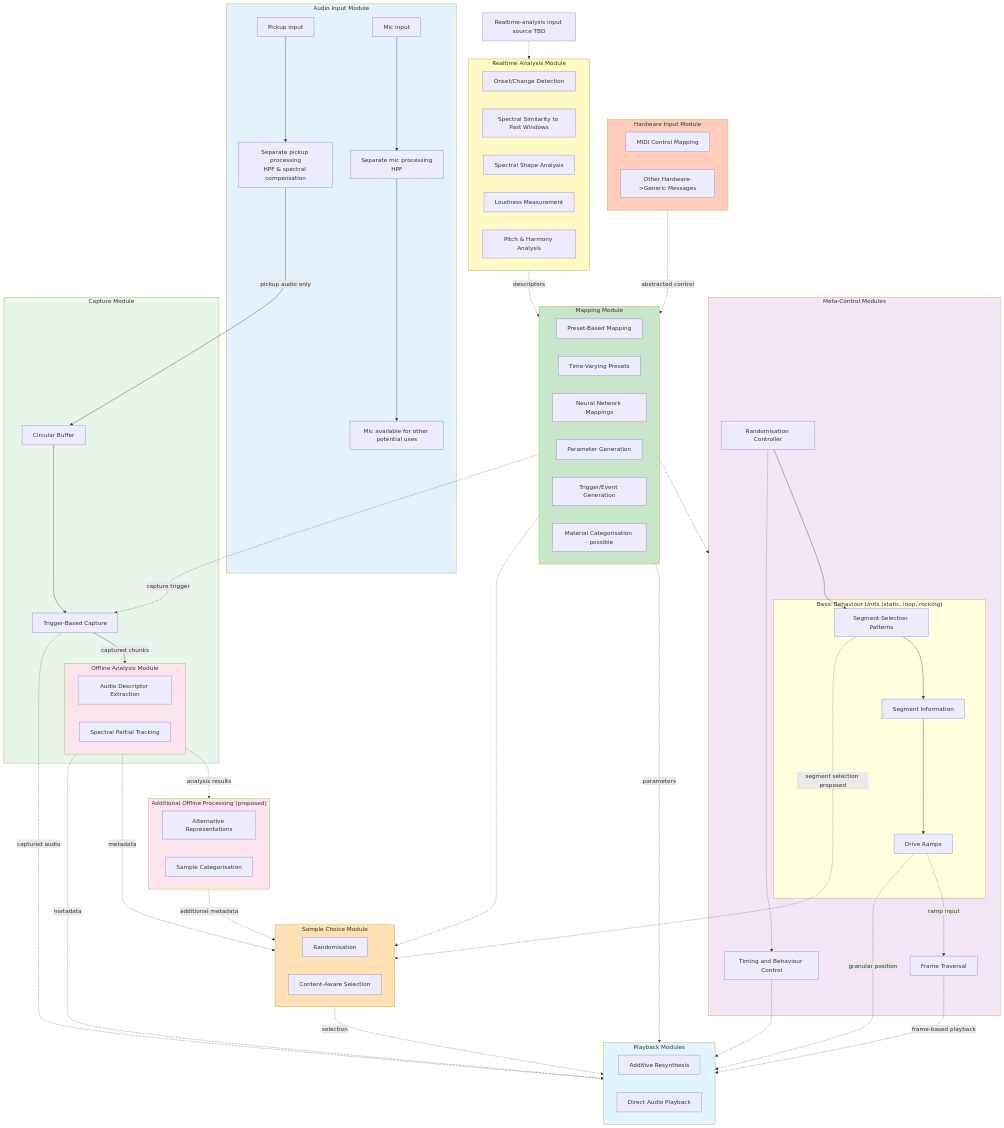
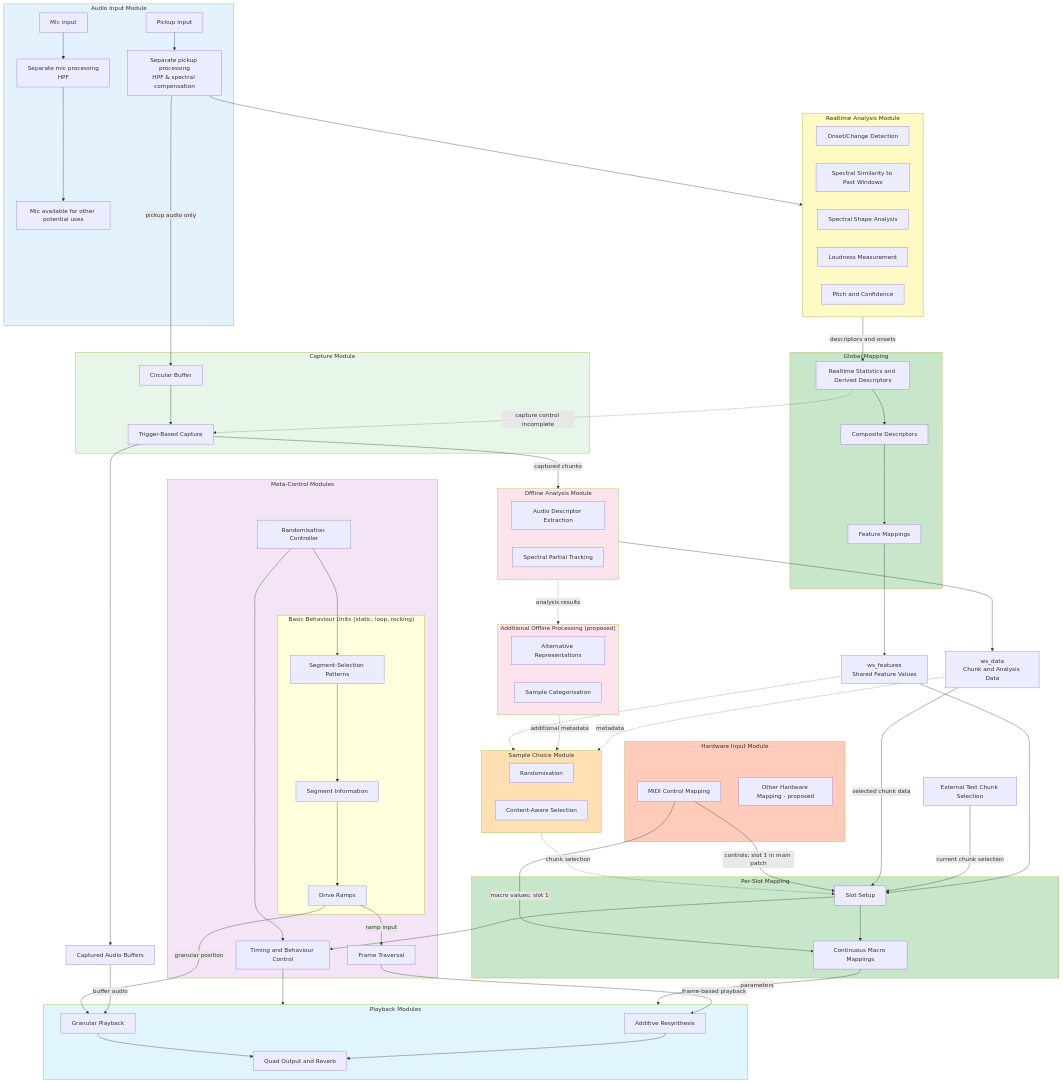
One commit to AlexHarker/wintersleep changed the first of 4 diagrams in System Architecture.md. Above: the diagram before and after it, drawn with Mermaid. The commit also changed other lines of this file and 1 other file, not shown here.

Commit message:
Update notes and patch

````diff
--- a/System Architecture.md
+++ b/System Architecture.md
@@ -22,22 +23,25 @@
         Similarity[Spectral Similarity to Past Windows]
         Shape[Spectral Shape Analysis]
         Loudness[Loudness Measurement]
-        Pitch[Pitch & Harmony Analysis]
+        Pitch[Pitch and Confidence]
     end
-    
-    AnalysisInput[Realtime-analysis input source TBD]
-    
+
     subgraph Capture["Capture Module"]
         CircularBuffer[Circular Buffer]
         TriggerCapture[Trigger-Based Capture]
-        subgraph Offline_Analysis["Offline Analysis Module"]
-            DeriveDescriptors[Audio Descriptor Extraction]
-            PartialTracks[Spectral Partial Tracking]
-        end
         CircularBuffer --> TriggerCapture
-        TriggerCapture -->|captured chunks| Offline_Analysis
     end
-    
+
+    subgraph Offline_Analysis["Offline Analysis Module"]
+        DeriveDescriptors[Audio Descriptor Extraction]
+        PartialTracks[Spectral Partial Tracking]
+    end
+
+    CapturedBuffers[Captured Audio Buffers]
+    ChunkData[ws_data<br/>Chunk and Analysis Data]
+    Features[ws_features<br/>Shared Feature Values]
+    TestChunk[External Test Chunk Selection]
+
     subgraph Offline_Processing["Additional Offline Processing (proposed)"]
         AlternativeReps[Alternative Representations]
         Categorise[Sample Categorisation]
@@ -50,7 +54,10 @@
     
     subgraph Playback["Playback Modules"]
         AdditiveSynth[Additive Resynthesis]
-        DirectPlayback[Direct Audio Playback]
+        GranularPlayback[Granular Playback]
+        Output[Quad Output and Reverb]
+        AdditiveSynth --> Output
+        GranularPlayback --> Output
     end
     
     subgraph Control["Meta-Control Modules"]
@@ -68,42 +75,50 @@
     
     subgraph Input_Hardware["Hardware Input Module"]
         MIDIMapper[MIDI Control Mapping]
-        OtherMapper[Other Hardware->Generic Messages]
+        OtherMapper[Other Hardware Mapping - proposed]
     end
     
-    subgraph Mapping["Mapping Module"]
-        PresetMap[Preset-Based Mapping]
-        TimeVar[Time-Varying Presets]
-        NeuralMap[Neural Network Mappings]
-        ParameterGen[Parameter Generation]
-        TriggerGen[Trigger/Event Generation]
-        MaterialCategorisation[Material Categorisation - possible]
+    subgraph Global_Mapping["Global Mapping"]
+        RealtimeStats[Realtime Statistics and Derived Descriptors]
+        Composite[Composite Descriptors]
+        FeatureMapping[Feature Mappings]
+        RealtimeStats --> Composite --> FeatureMapping
     end
-    
+
+    subgraph Slot_Mapping["Per-Slot Mapping"]
+        SlotSetup[Slot Setup]
+        MacroMapping[Continuous Macro Mappings]
+    end
+
     PickupProcessing -->|pickup audio only| CircularBuffer
-    AnalysisInput -.-> Realtime_Analysis
+    PickupProcessing --> Realtime_Analysis
+    Realtime_Analysis -->|descriptors and onsets| RealtimeStats
+    FeatureMapping --> Features
+    Features --> SlotSetup
+    RealtimeStats -.->|capture control incomplete| TriggerCapture
+    TriggerCapture -->|captured chunks| Offline_Analysis
+    TriggerCapture --> CapturedBuffers
+    Offline_Analysis --> ChunkData
+    Offline_Analysis -.->|analysis results| Offline_Processing
+    ChunkData -.->|metadata| Sample_Choice
+    Offline_Processing -.->|additional metadata| Sample_Choice
+    Features -.-> Sample_Choice
+    Sample_Choice -.->|chunk selection| SlotSetup
+    TestChunk -->|current chunk selection| SlotSetup
+    ChunkData -->|selected chunk data| SlotSetup
+    CapturedBuffers -->|buffer audio| GranularPlayback
+    SlotSetup --> MacroMapping
+    SlotSetup --> Timing
+    MacroMapping -->|parameters| Playback
+    MIDIMapper -->|controls; slot 1 in main patch| SlotSetup
+    MIDIMapper -->|macro values; slot 1| MacroMapping
 
-    Realtime_Analysis -.->|descriptors| Mapping
-    Mapping -.->|capture trigger| TriggerCapture
-    Offline_Analysis -.->|analysis results| Offline_Processing
-    Offline_Analysis -.->|metadata| Sample_Choice
-    Offline_Processing -.->|additional metadata| Sample_Choice
-    Mapping -.-> Sample_Choice
-
-    TriggerCapture -.->|captured audio| Playback
-    Offline_Analysis -.->|metadata| Playback
-    Sample_Choice -.->|selection| Playback
-    Mapping -.-> Control
-    Mapping -.->|parameters| Playback
-    Input_Hardware -.->|abstracted control| Mapping
-
-    Randomisation -.-> Timing
-    Timing -.-> Playback
+    Randomisation --> Timing
+    Timing --> Playback
     Randomisation --> BehaviourPatterns
-    BehaviourPatterns -.->|segment selection proposed| Sample_Choice
-    DriveRamps -.->|ramp input| FrameTraversal
-    DriveRamps -.->|granular position| Playback
-    FrameTraversal -.->|frame-based playback| Playback
+    DriveRamps -->|ramp input| FrameTraversal
+    DriveRamps -->|granular position| GranularPlayback
+    FrameTraversal -->|frame-based playback| AdditiveSynth
     
     style Audio_Input fill:#e3f2fd
     style Realtime_Analysis fill:#fff9c4
@@ -114,5 +129,6 @@
     style Playback fill:#e1f5fe
     style Control fill:#f3e5f5
     style Input_Hardware fill:#ffccbc
-    style Mapping fill:#c8e6c9
+    style Global_Mapping fill:#c8e6c9
+    style Slot_Mapping fill:#c8e6c9
 ```
````
